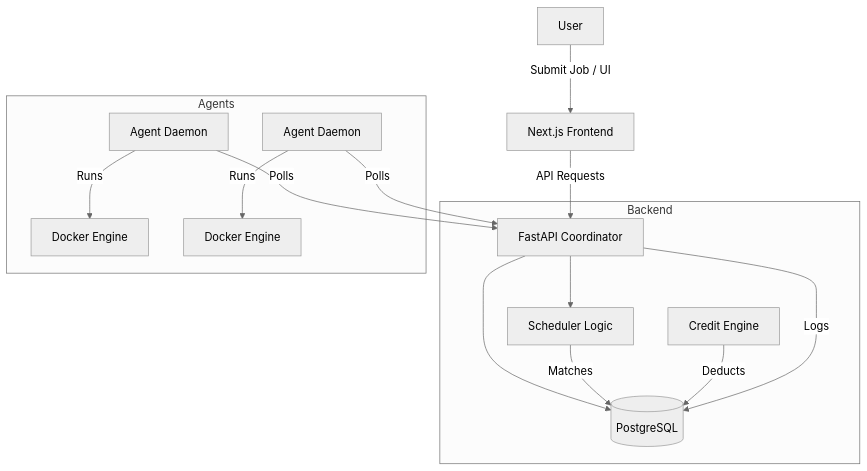
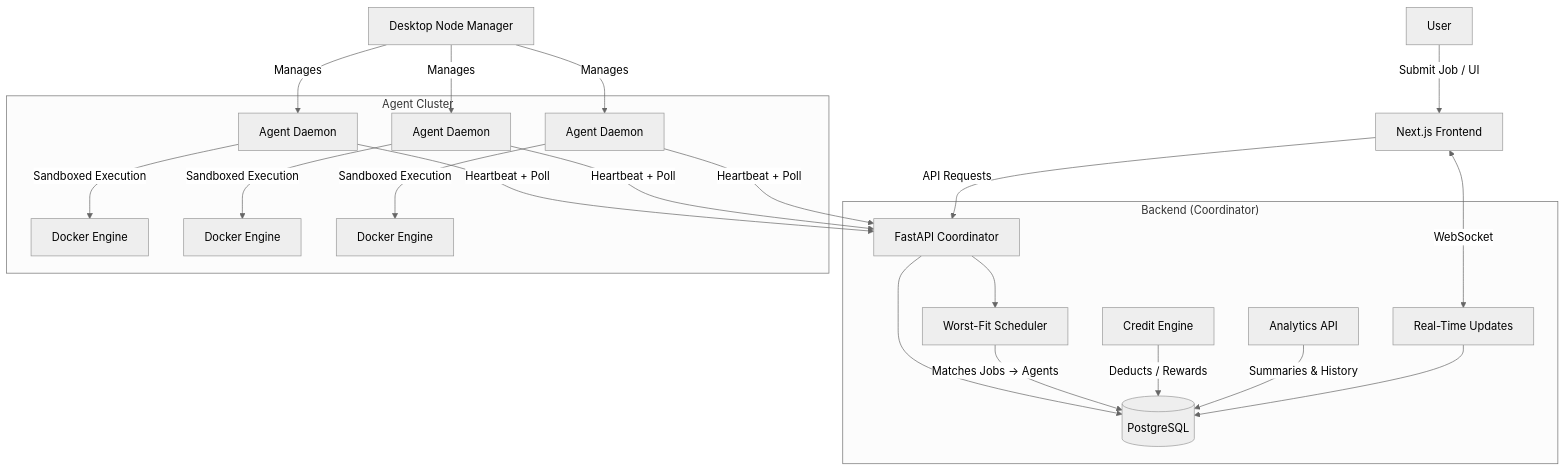
One commit to ewjinx/hive2 changed the diagram in README.md. Above: the diagram before and after it, drawn with Mermaid (neutral theme). The commit also changed other lines of this file and 3 other files, not shown here.

````diff
--- a/README.md
+++ b/README.md
@@ -7,21 +19,28 @@
 ```mermaid
 graph TD
     User[User] -->|Submit Job / UI| Frontend[Next.js Frontend]
     Frontend -->|API Requests| API[FastAPI Coordinator]
-    
-    subgraph Backend
+    Frontend <-->|WebSocket| WS[Real-Time Updates]
+
+    subgraph Backend ["Backend (Coordinator)"]
         API --> DB[(PostgreSQL)]
-        API --> Scheduler[Scheduler Logic]
-        Scheduler -->|Matches| DB
-        Credits[Credit Engine] -->|Deducts| DB
+        API --> Scheduler[Worst-Fit Scheduler]
+        Scheduler -->|Matches Jobs → Agents| DB
+        Credits[Credit Engine] -->|Deducts / Rewards| DB
+        Analytics[Analytics API] -->|Summaries & History| DB
+        WS --> DB
     end
-    
-    subgraph Agents
-        Agent1[Agent Daemon] -->|Polls| API
-        Agent2[Agent Daemon] -->|Polls| API
-        Agent1 -->|Runs| Docker1[Docker Engine]
-        Agent2 -->|Runs| Docker2[Docker Engine]
+
+    subgraph Agents ["Agent Cluster"]
+        Agent1[Agent Daemon] -->|Heartbeat + Poll| API
+        Agent2[Agent Daemon] -->|Heartbeat + Poll| API
+        Agent3[Agent Daemon] -->|Heartbeat + Poll| API
+        Agent1 -->|Sandboxed Execution| Docker1[Docker Engine]
+        Agent2 -->|Sandboxed Execution| Docker2[Docker Engine]
+        Agent3 -->|Sandboxed Execution| Docker3[Docker Engine]
     end
-    
-    API -->|Logs| DB
+
+    DesktopApp[Desktop Node Manager] -->|Manages| Agent1
+    DesktopApp -->|Manages| Agent2
+    DesktopApp -->|Manages| Agent3
 ```
````
